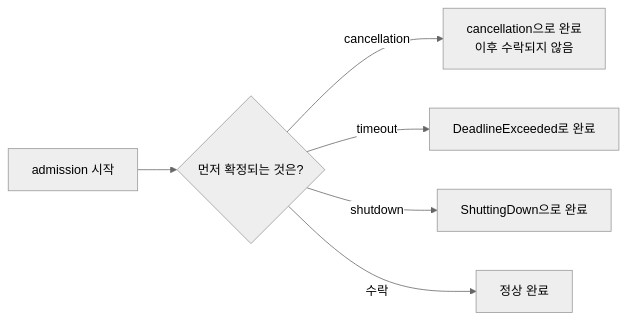
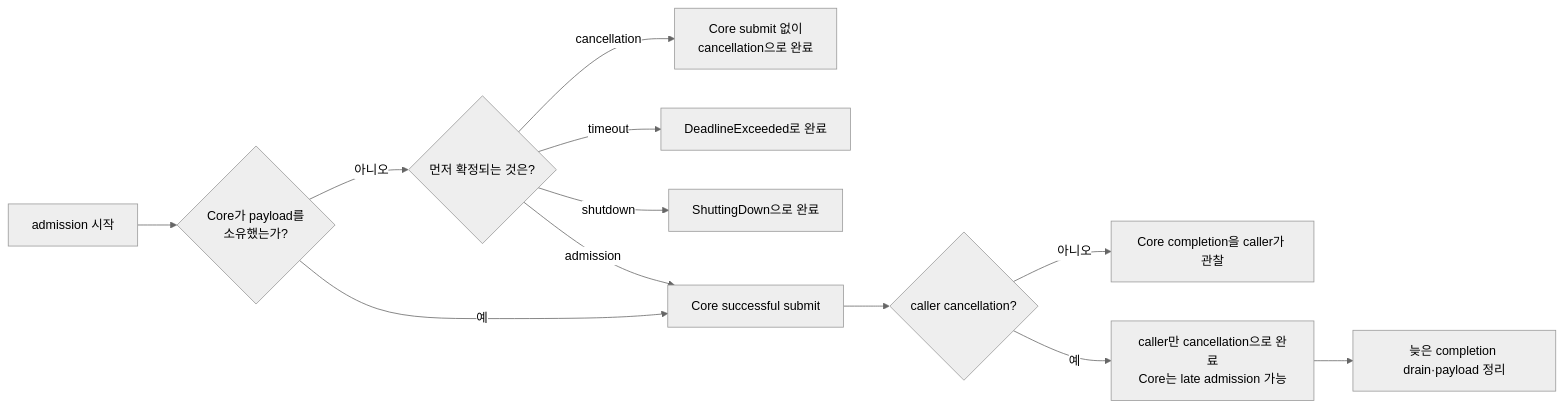
Before and after one commit to zlink-systems/zlink: the first of 3 diagrams in framework/doc/framework/common/spec/server/01-execution/03-cancellation-and-shutdown.ko.md, drawn with Mermaid (neutral theme). The commit also changed other lines of this file and 49 other files, not shown here.

````diff
--- a/framework/doc/framework/common/spec/server/01-execution/03-cancellation-and-shutdown.ko.md
+++ b/framework/doc/framework/common/spec/server/01-execution/03-cancellation-and-shutdown.ko.md
@@ -70,8 +79,14 @@
 ```mermaid
 flowchart LR
-    A["admission 시작"] --> X{"먼저 확정되는 것은?"}
-    X -->|cancellation| R1["cancellation으로 완료<br/>이후 수락되지 않음"]
+    A["admission 시작"] --> O{"Core가 payload를<br/>소유했는가?"}
+    O -->|아니오| X{"먼저 확정되는 것은?"}
+    X -->|cancellation| R1["Core submit 없이<br/>cancellation으로 완료"]
     X -->|timeout| R2["DeadlineExceeded로 완료"]
     X -->|shutdown| R3["ShuttingDown으로 완료"]
-    X -->|수락| R4["정상 완료"]
+    X -->|admission| R4["Core successful submit"]
+    O -->|예| R4
+    R4 --> C{"caller cancellation?"}
+    C -->|아니오| R5["Core completion을 caller가 관찰"]
+    C -->|예| R6["caller만 cancellation으로 완료<br/>Core는 late admission 가능"]
+    R6 --> R7["늦은 completion drain·payload 정리"]
 ```
````
